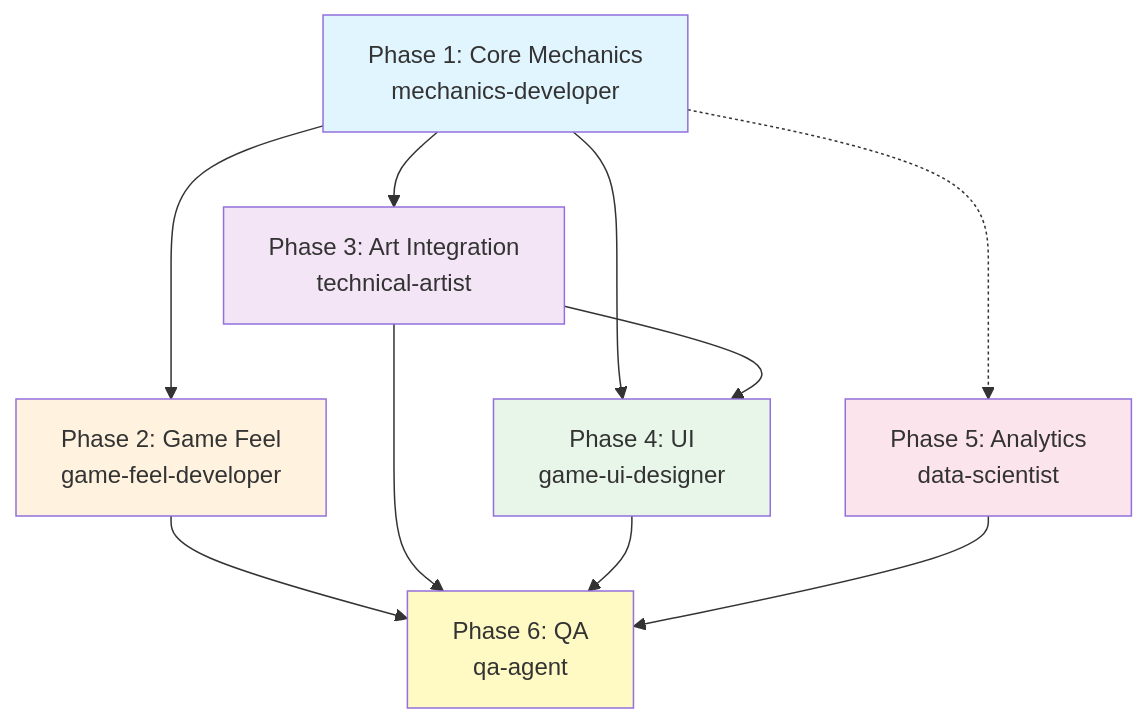
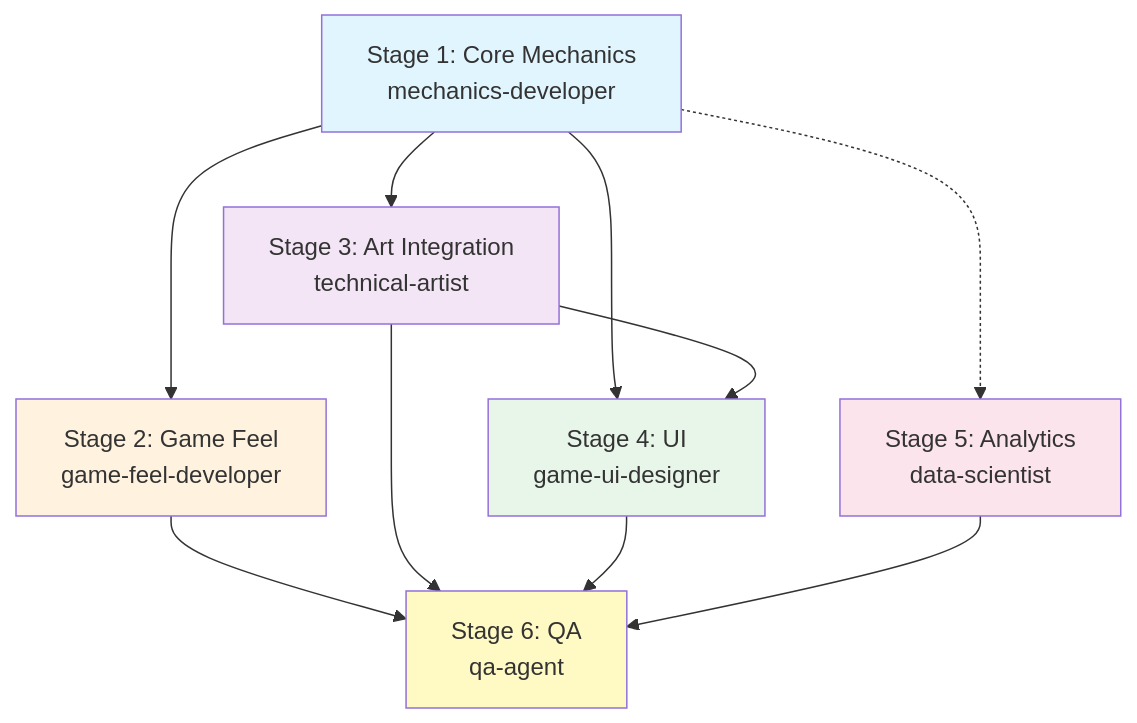
The eighth of 10 diagrams in docs/overture/gamedev-workflows.md (tundraray/overture), drawn with Mermaid before and after one commit. The commit also changed other lines of this file and 193 other files, not shown here.

````diff
--- a/docs/overture/gamedev-workflows.md
+++ b/docs/overture/gamedev-workflows.md
@@ -275,19 +276,19 @@
 ```mermaid
 graph TB
-    P1[Phase 1: Core Mechanics<br/>mechanics-developer] --> P2[Phase 2: Game Feel<br/>game-feel-developer]
-    P1 --> P3[Phase 3: Art Integration<br/>technical-artist]
-    P1 --> P4[Phase 4: UI<br/>game-ui-designer]
+    P1[Stage 1: Core Mechanics<br/>mechanics-developer] --> P2[Stage 2: Game Feel<br/>game-feel-developer]
+    P1 --> P3[Stage 3: Art Integration<br/>technical-artist]
+    P1 --> P4[Stage 4: UI<br/>game-ui-designer]
     P3 --> P4
-    P1 -.-> P5[Phase 5: Analytics<br/>data-scientist]
-    P2 --> P6[Phase 6: QA<br/>qa-agent]
+    P1 -.-> P5[Stage 5: Analytics<br/>data-scientist]
+    P2 --> P6[Stage 6: QA<br/>qa-agent]
     P3 --> P6
     P4 --> P6
     P5 --> P6
 
     style P1 fill:#e1f5fe
     style P2 fill:#fff3e0
     style P3 fill:#f3e5f5
     style P4 fill:#e8f5e9
     style P5 fill:#fce4ec
     style P6 fill:#fff9c4
 ```
````
